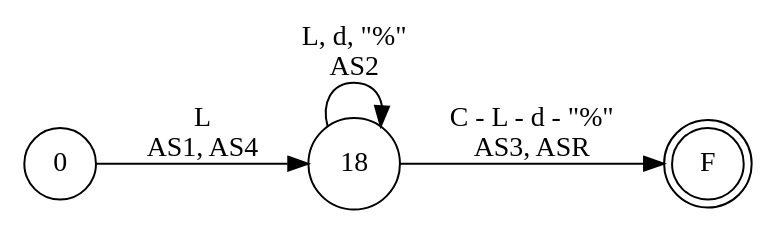
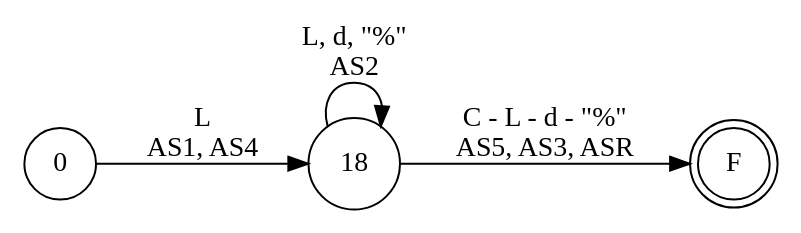
Before and after one commit to iroumec/RouVel-Compiler: the diagram in resources/FA/FADiagrams/identifier.dot, drawn with Graphviz. The commit also changed 15 other files, not shown here.

```diff
--- a/resources/FA/FADiagrams/identifier.dot
+++ b/resources/FA/FADiagrams/identifier.dot
@@ -1,9 +1,9 @@
 digraph DFA {
     rankdir = LR;
     node [shape = circle;];
     F [shape = doublecircle;];
     
     0 -> 18 [label = "L \n AS1, AS4";];
     18 -> 18 [label = "L, d, \"%\"\nAS2";];
-    18 -> F [label = "C - L - d - \"%\"\nAS3, ASR";];
+    18 -> F [label = "C - L - d - \"%\"\n AS5, AS3, ASR";];
 }
```
